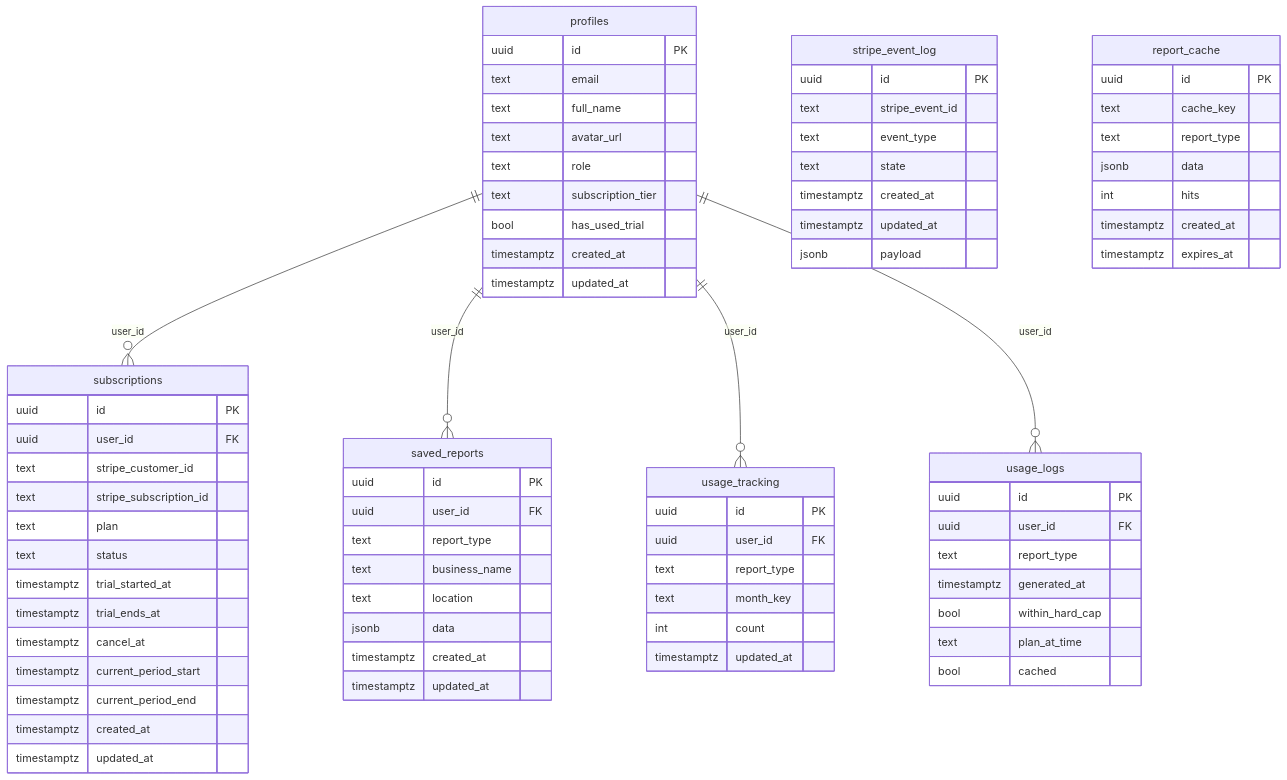
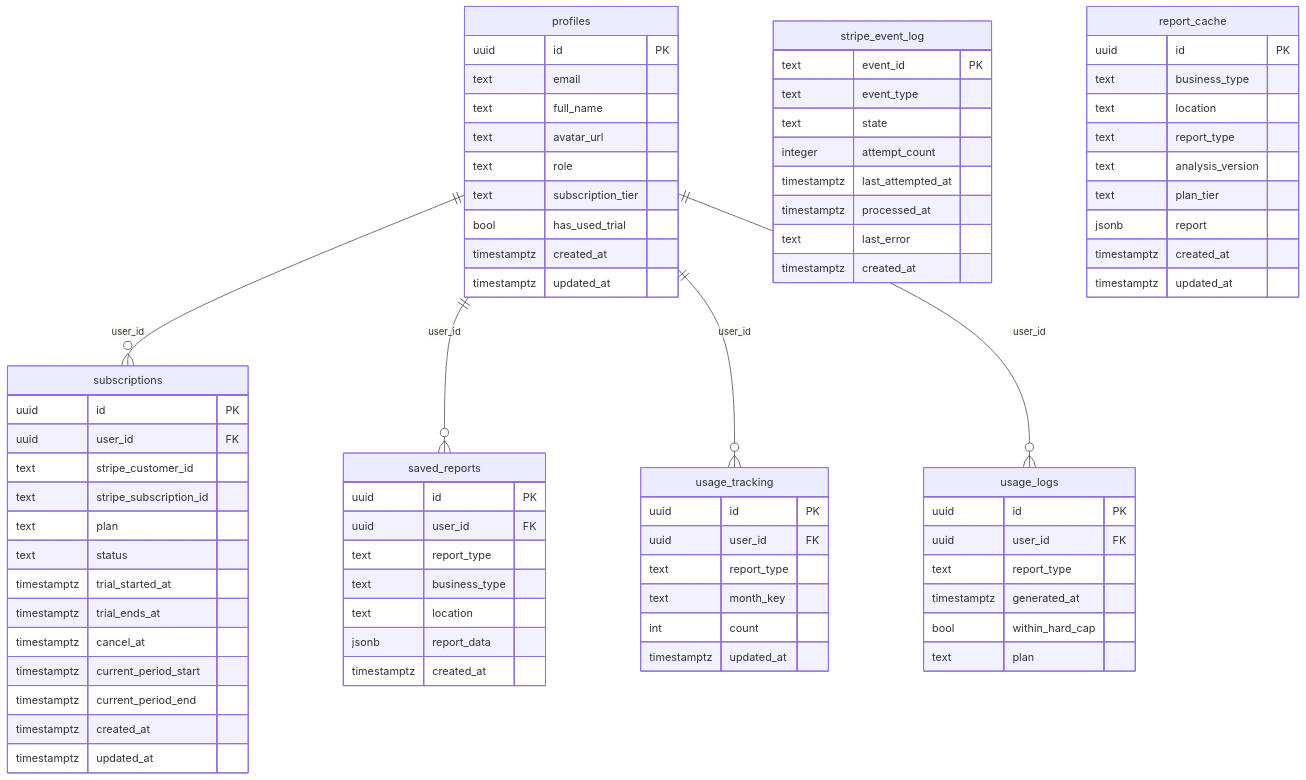
The seventh of 7 diagrams in docs/ARCHITECTURE.md (minhasomer/bizscope-ai), drawn with Mermaid before and after one commit. The commit also changed other lines of this file and 4 other files, not shown here.

First line of the commit message:
docs: correct SQL column names, schema diagrams, and trigger references

```diff
--- a/docs/ARCHITECTURE.md
+++ b/docs/ARCHITECTURE.md
@@ -243,11 +243,10 @@
         uuid id PK
         uuid user_id FK
         text report_type
-        text business_name
+        text business_type
         text location
-        jsonb data
+        jsonb report_data
         timestamptz created_at
-        timestamptz updated_at
     }
 
     usage_tracking {
@@ -265,28 +264,30 @@
         text report_type
         timestamptz generated_at
         bool within_hard_cap
-        text plan_at_time
-        bool cached
+        text plan
     }
 
     stripe_event_log {
-        uuid id PK
-        text stripe_event_id
+        text event_id PK
         text event_type
         text state
+        integer attempt_count
+        timestamptz last_attempted_at
+        timestamptz processed_at
+        text last_error
         timestamptz created_at
-        timestamptz updated_at
-        jsonb payload
     }
 
     report_cache {
         uuid id PK
-        text cache_key
+        text business_type
+        text location
         text report_type
-        jsonb data
-        int hits
+        text analysis_version
+        text plan_tier
+        jsonb report
         timestamptz created_at
-        timestamptz expires_at
+        timestamptz updated_at
     }
 
     profiles ||--o{ subscriptions : "user_id"
```
